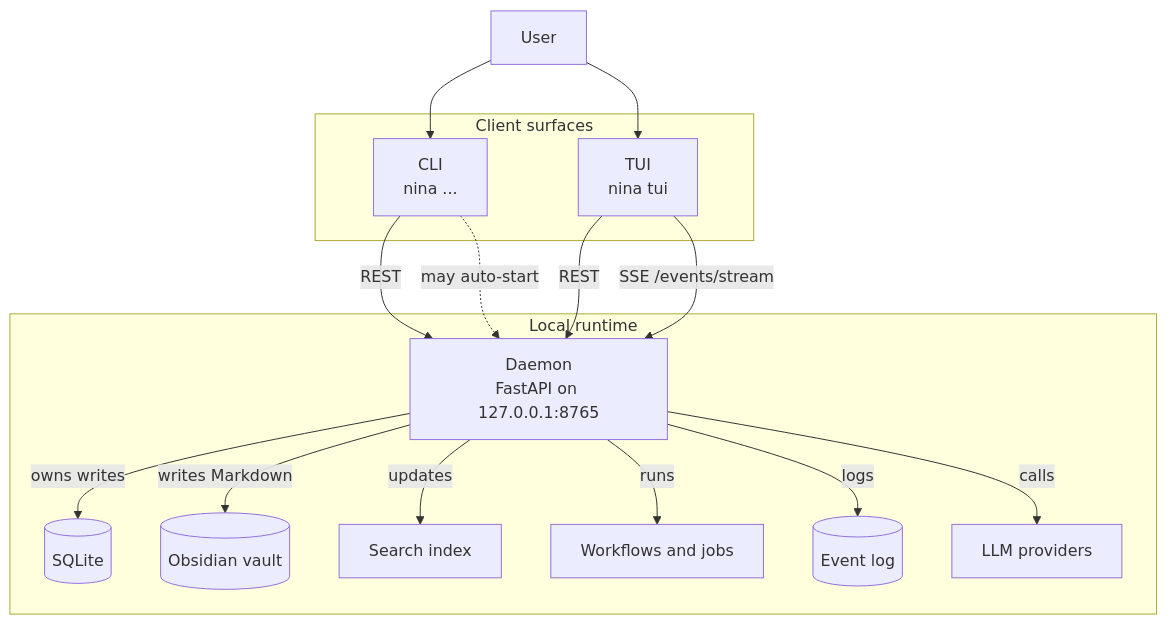
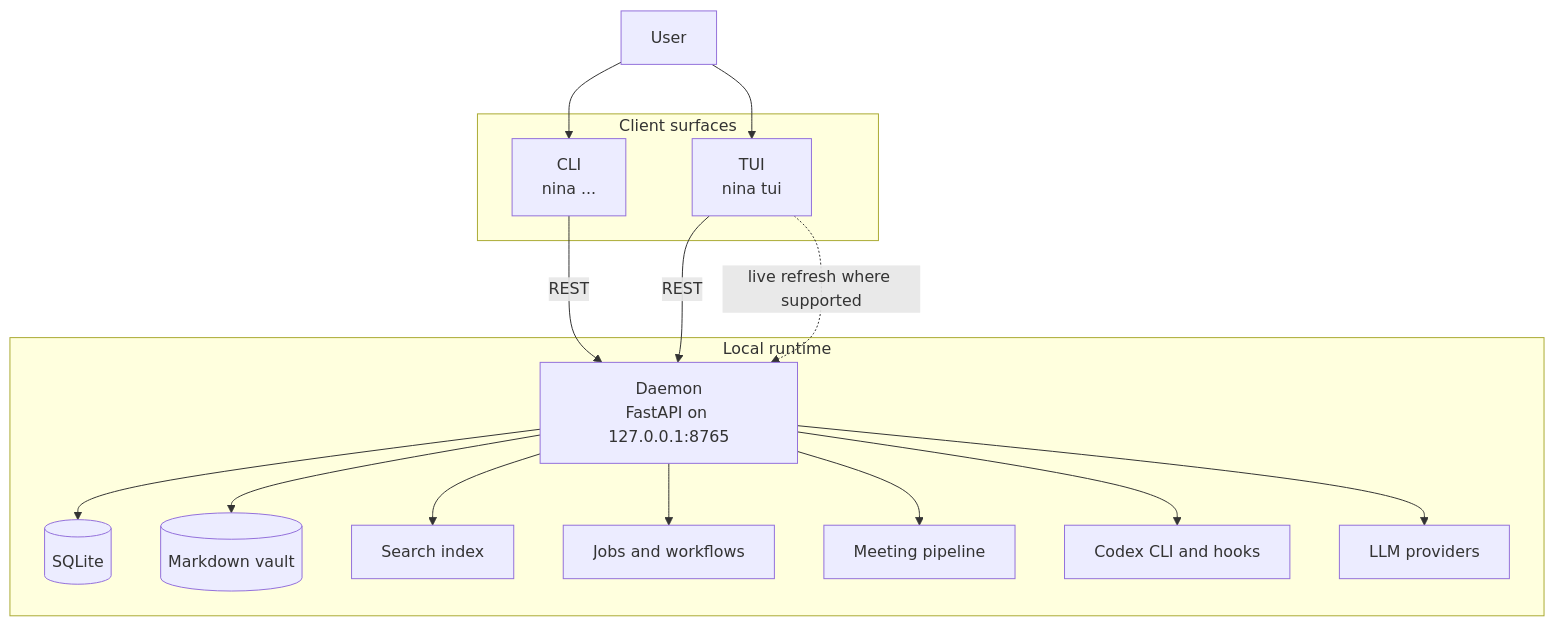
One commit to pedroaz/nina changed the diagram in README.md. Above: the diagram before and after it, drawn with Mermaid. The commit also changed other lines of this file and 189 other files, not shown here.

````diff
--- a/README.md
+++ b/README.md
@@ -107,33 +43,34 @@
 ```mermaid
 flowchart TB
   User[User]
 
   subgraph Clients[Client surfaces]
     CLI["CLI<br/>nina ..."]
     TUI["TUI<br/>nina tui"]
   end
 
   subgraph Runtime[Local runtime]
     Daemon["Daemon<br/>FastAPI on 127.0.0.1:8765"]
     SQLite[(SQLite)]
-    Vault[(Obsidian vault)]
+    Vault[(Markdown vault)]
     Search[Search index]
-    Jobs[Workflows and jobs]
-    Events[(Event log)]
+    Jobs[Jobs and workflows]
+    Meetings[Meeting pipeline]
+    Codex[Codex CLI and hooks]
     LLM[LLM providers]
   end
 
   User --> CLI
   User --> TUI
   CLI -->|REST| Daemon
   TUI -->|REST| Daemon
-  TUI -->|SSE /events/stream| Daemon
-  CLI -.->|may auto-start| Daemon
+  TUI -.->|live refresh where supported| Daemon
 
-  Daemon -->|owns writes| SQLite
-  Daemon -->|writes Markdown| Vault
-  Daemon -->|updates| Search
-  Daemon -->|runs| Jobs
-  Daemon -->|logs| Events
-  Daemon -->|calls| LLM
+  Daemon --> SQLite
+  Daemon --> Vault
+  Daemon --> Search
+  Daemon --> Jobs
+  Daemon --> Meetings
+  Daemon --> Codex
+  Daemon --> LLM
 ```
````
